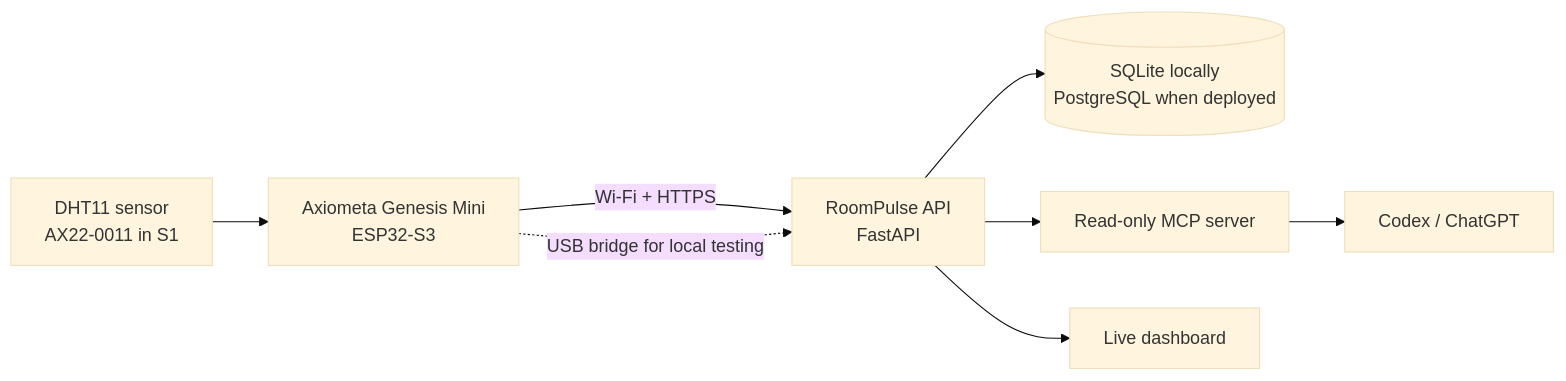
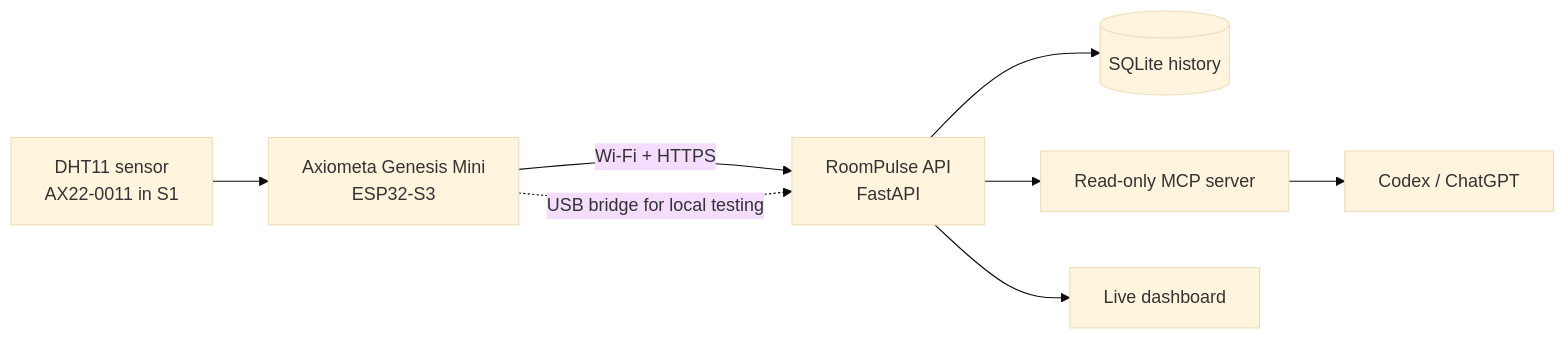
One commit to Philipnil06/roompulse changed the diagram in README.md. Above: the diagram before and after it, drawn with Mermaid (base theme). The commit also changed other lines of this file and 4 other files, not shown here.

````diff
--- a/README.md
+++ b/README.md
@@ -35,10 +40,10 @@
 ```mermaid
 flowchart LR
   S["DHT11 sensor<br/>AX22-0011 in S1"] --> G["Axiometa Genesis Mini<br/>ESP32-S3"]
   G -->|"Wi-Fi + HTTPS"| A["RoomPulse API<br/>FastAPI"]
   G -.->|"USB bridge for local testing"| A
-  A --> D[("SQLite locally<br/>PostgreSQL when deployed")]
+  A --> D[("SQLite history")]
   A --> M["Read-only MCP server"]
   M --> C["Codex / ChatGPT"]
   A --> W["Live dashboard"]
 ```
````
